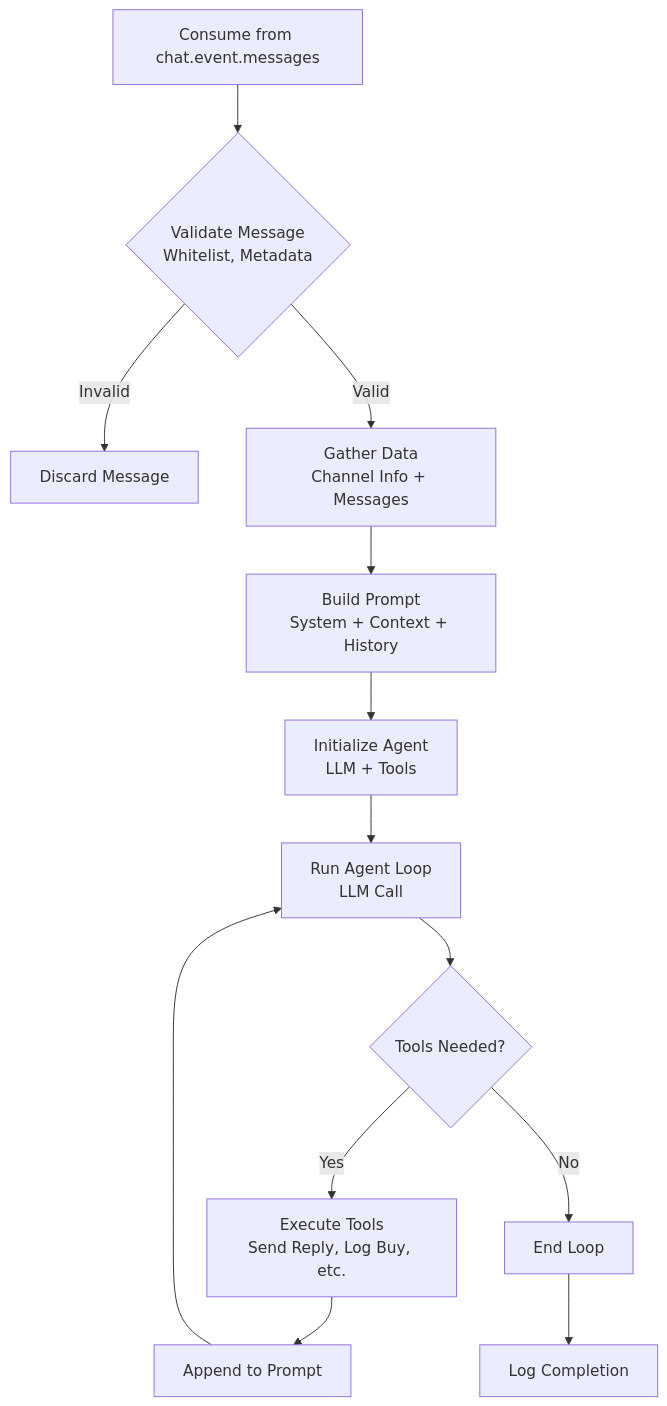
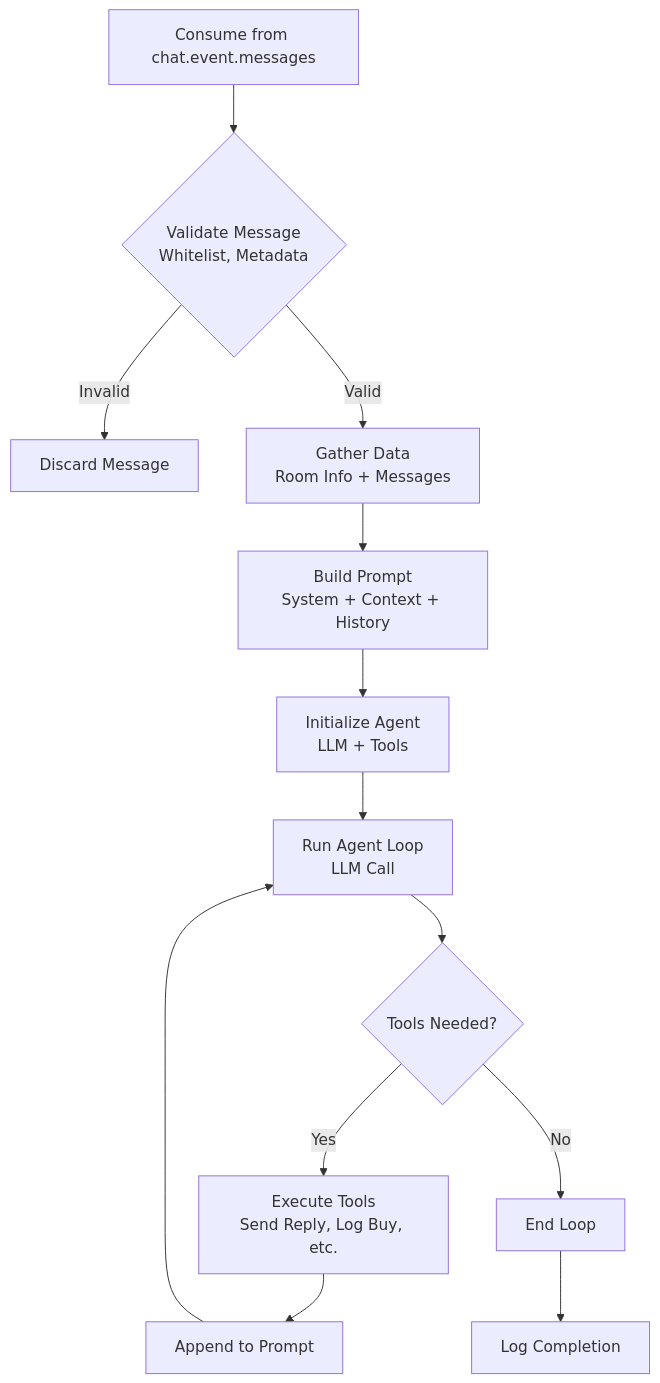
One commit to nguyentranbao-ct/chat-bot changed the third of 3 diagrams in docs/architecture.md. Above: the diagram before and after it, drawn with Mermaid. The commit also changed other lines of this file and 51 other files, not shown here.

First line of the commit message:
Refactor chat system to use "room" terminology instead of "channel"

````diff
--- a/docs/architecture.md
+++ b/docs/architecture.md
@@ -83,15 +83,15 @@
 ```mermaid
 flowchart TD
     A[Consume from chat.event.messages] --> B{Validate Message<br/>Whitelist, Metadata}
     B -->|Invalid| C[Discard Message]
-    B -->|Valid| D[Gather Data<br/>Channel Info + Messages]
+    B -->|Valid| D[Gather Data<br/>Room Info + Messages]
     D --> E[Build Prompt<br/>System + Context + History]
     E --> F[Initialize Agent<br/>LLM + Tools]
     F --> G[Run Agent Loop<br/>LLM Call]
     G --> H{Tools Needed?}
     H -->|Yes| I[Execute Tools<br/>Send Reply, Log Buy, etc.]
     I --> J[Append to Prompt]
     J --> G
     H -->|No| K[End Loop]
     K --> L[Log Completion]
 ```
````
